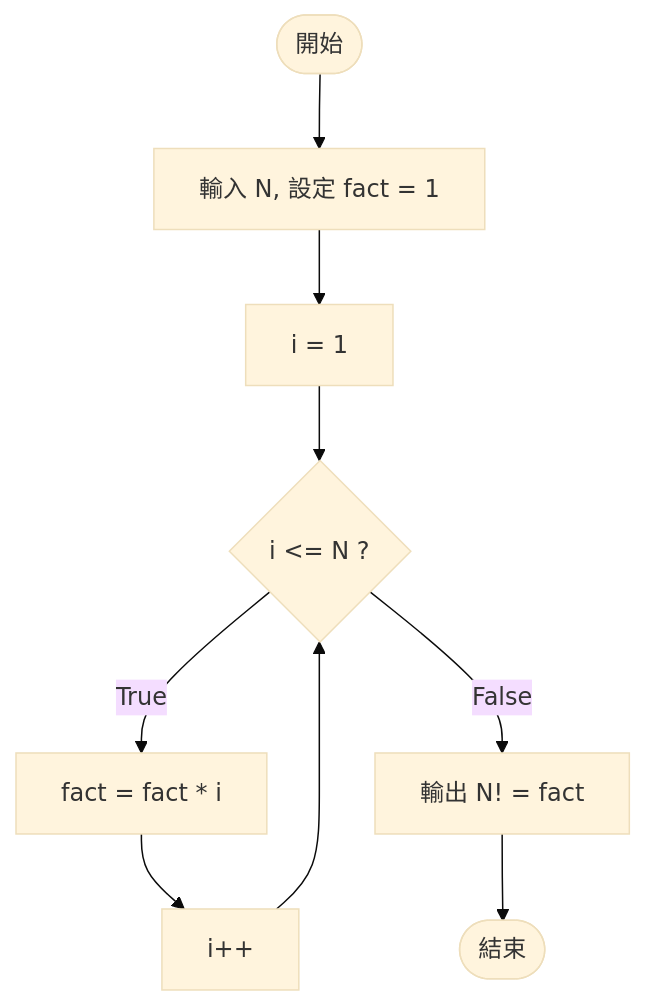
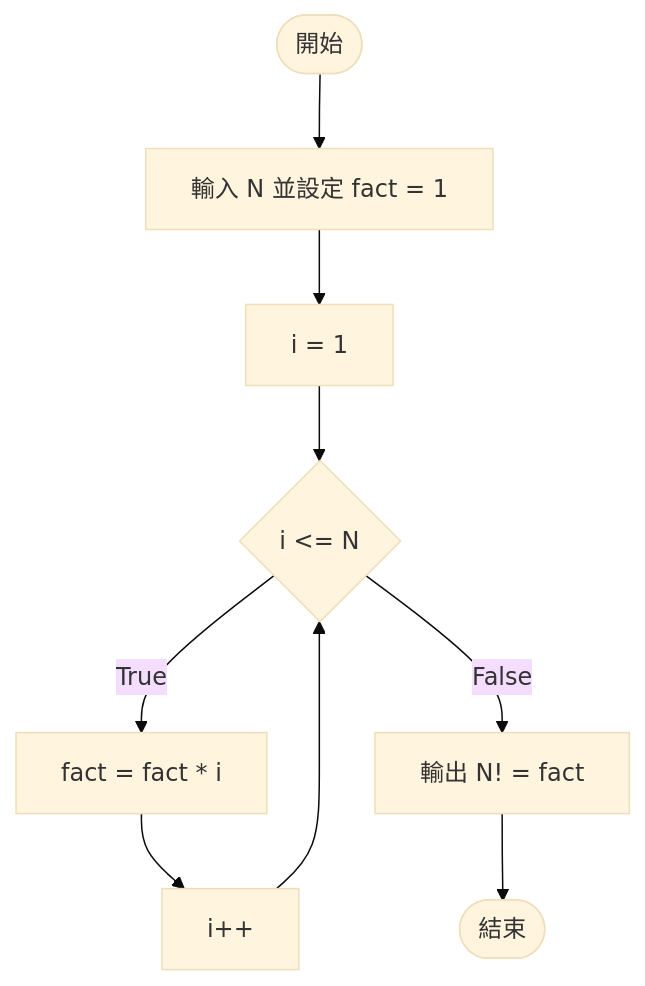
The fourth of 4 diagrams in README.md (BossonYen/loop_5-1), drawn with Mermaid (base theme) before and after one commit. The commit also changed other lines of this file, not shown here.

```diff
--- a/README.md
+++ b/README.md
@@ -768,11 +745,11 @@
-                        <div class="mermaid">
-                            graph TD
-                                A([開始]) --> B["輸入 N, 設定 fact = 1"]
-                                B --> C["i = 1"]
-                                C --> D{"i <= N ?"}
-                                D -- "True" --> E["fact = fact * i"]
-                                E --> F["i++"]
-                                F --> D
-                                D -- "False" --> G["輸出 N! = fact"]
-                                G --> H([結束])
+                        <div class="mermaid notranslate">
+flowchart TD
+    A(["開始"]) --> B["輸入 N 並設定 fact = 1"]
+    B --> C["i = 1"]
+    C --> D{"i &lt;= N"}
+    D -- "True" --> E["fact = fact * i"]
+    E --> F["i++"]
+    F --> D
+    D -- "False" --> G["輸出 N! = fact"]
+    G --> H(["結束"])
                         </div>
```
